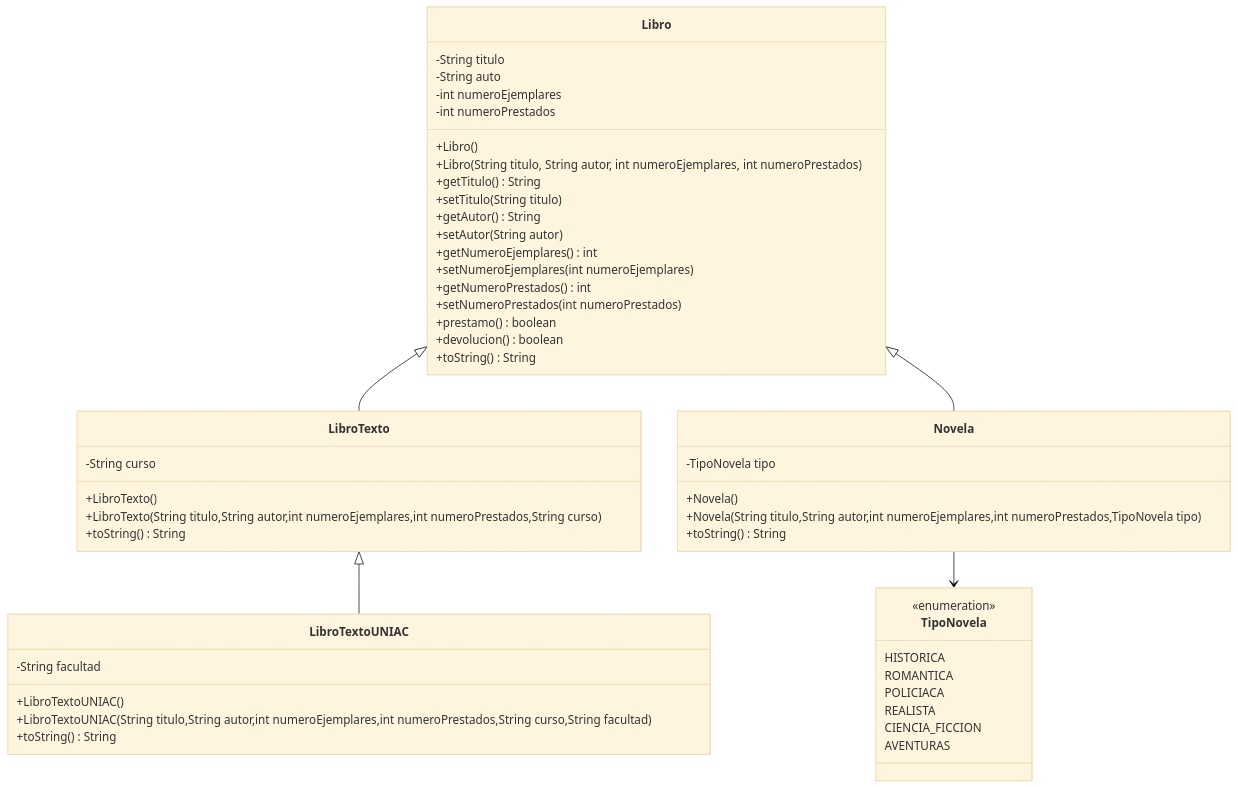
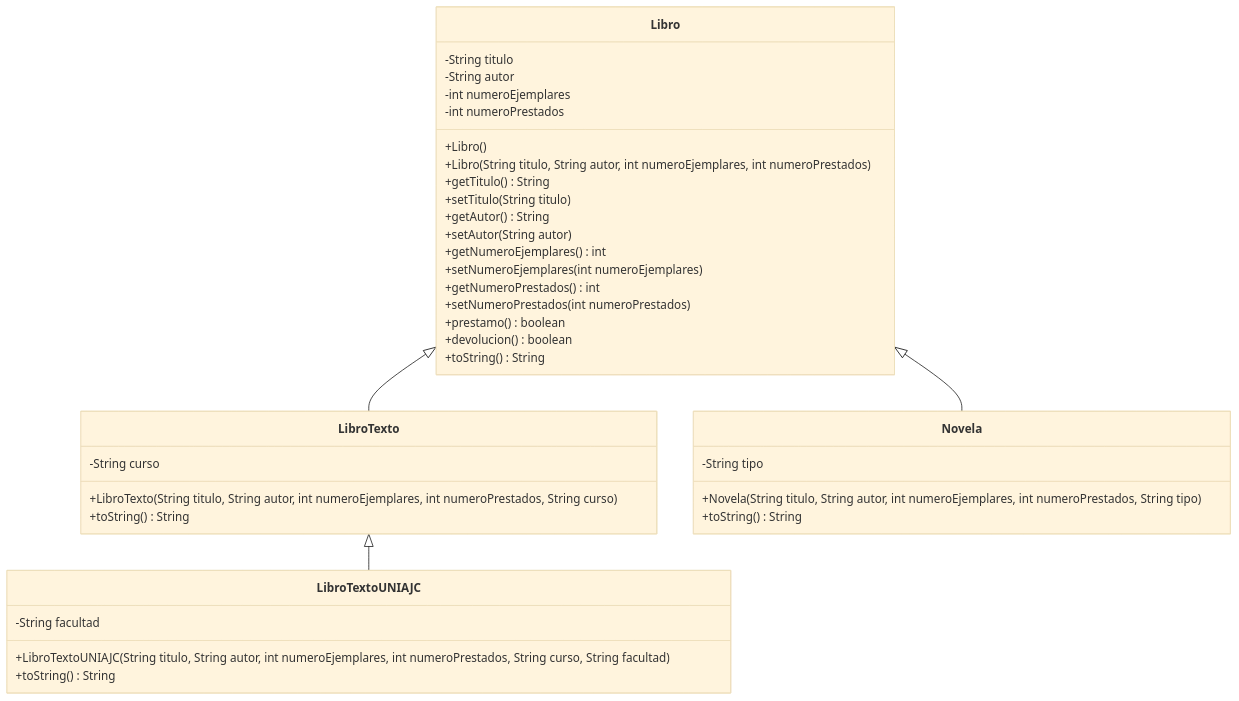
One commit to Jessi-hue/parcial changed the diagram in README.md. Above: the diagram before and after it, drawn with Mermaid (base theme). The commit also changed other lines of this file and 5 other files, not shown here.

````diff
--- a/README.md
+++ b/README.md
@@ -21,59 +21,45 @@
 ```mermaid
 classDiagram
 
 class Libro{
     -String titulo
-    -String auto
+    -String autor
     -int numeroEjemplares
     -int numeroPrestados
     +Libro()
     +Libro(String titulo, String autor, int numeroEjemplares, int numeroPrestados)
     +getTitulo() String
     +setTitulo(String titulo)
     +getAutor() String
     +setAutor(String autor)
     +getNumeroEjemplares() int
     +setNumeroEjemplares(int numeroEjemplares)
     +getNumeroPrestados() int
     +setNumeroPrestados(int numeroPrestados)
     +prestamo() boolean
     +devolucion() boolean
     +toString() String
 }
 
 class LibroTexto{
     -String curso
-    +LibroTexto()
-    +LibroTexto(String titulo,String autor,int numeroEjemplares,int numeroPrestados,String curso)
+    +LibroTexto(String titulo, String autor, int numeroEjemplares, int numeroPrestados, String curso)
     +toString() String
 }
 
-class LibroTextoUNIAC{
+class LibroTextoUNIAJC{
     -String facultad
-    +LibroTextoUNIAC()
-    +LibroTextoUNIAC(String titulo,String autor,int numeroEjemplares,int numeroPrestados,String curso,String facultad)
+    +LibroTextoUNIAJC(String titulo, String autor, int numeroEjemplares, int numeroPrestados, String curso, String facultad)
     +toString() String
 }
 
 class Novela{
-    -TipoNovela tipo
-    +Novela()
-    +Novela(String titulo,String autor,int numeroEjemplares,int numeroPrestados,TipoNovela tipo)
+    -String tipo
+    +Novela(String titulo, String autor, int numeroEjemplares, int numeroPrestados, String tipo)
     +toString() String
 }
 
-class TipoNovela{
-    <<enumeration>>
-    HISTORICA
-    ROMANTICA
-    POLICIACA
-    REALISTA
-    CIENCIA_FICCION
-    AVENTURAS
-}
-
 Libro <|-- LibroTexto
-LibroTexto <|-- LibroTextoUNIAC
+LibroTexto <|-- LibroTextoUNIAJC
 Libro <|-- Novela
-Novela --> TipoNovela
 ```
````
